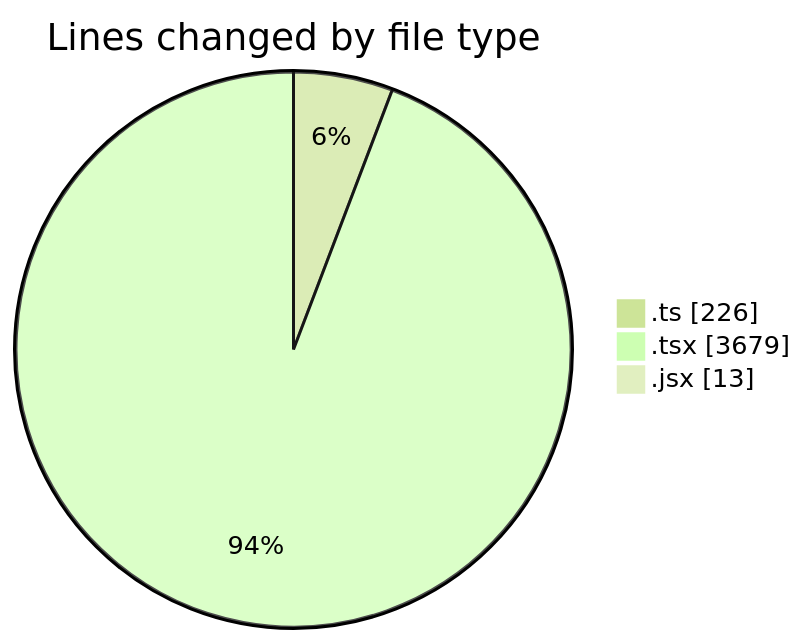
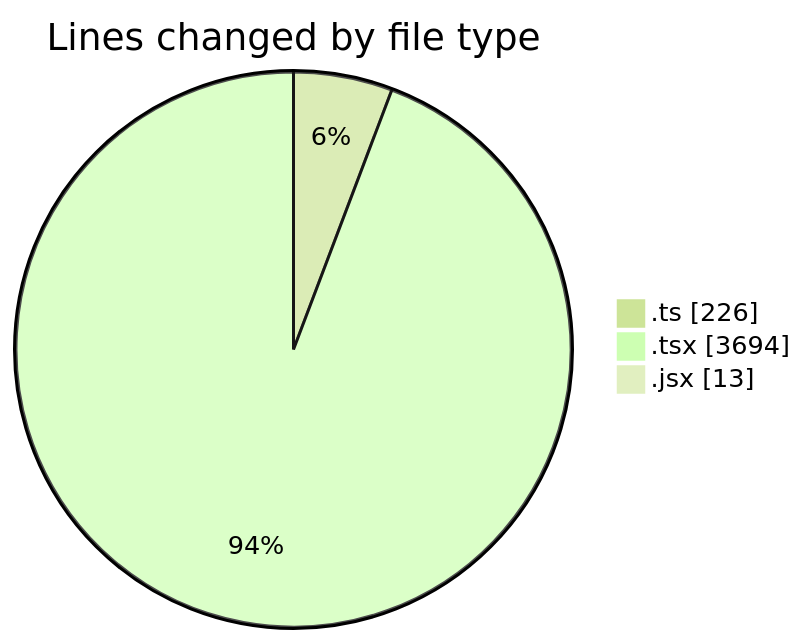
Before and after one commit to momahboobian/code-tracking: the first of 2 diagrams in 2025-12-02/cda/README.md, drawn with Mermaid (forest theme). The commit also changed other lines of this file and 1 other file, not shown here.

````diff
--- a/2025-12-02/cda/README.md
+++ b/2025-12-02/cda/README.md
@@ -30,7 +30,7 @@
 ```mermaid
 pie showData
 title Lines changed by file type
 ".ts" : 226
-".tsx" : 3679
+".tsx" : 3694
 ".jsx" : 13
 ```
````
